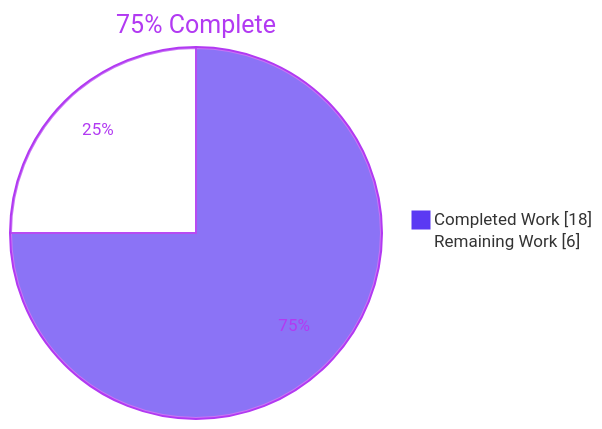
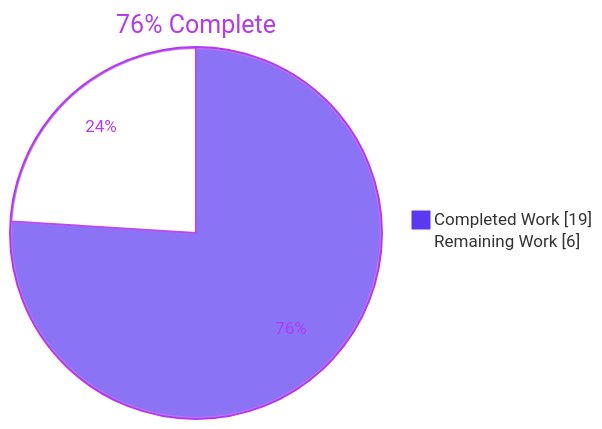
One commit to blitzytest02/OnetwoforOct526 changed the first of 3 diagrams in blitzy/documentation/Project Guide.md. Above: the diagram before and after it, drawn with Mermaid. The commit also changed other lines of this file, not shown here.

````diff
--- a/blitzy/documentation/Project Guide.md
+++ b/blitzy/documentation/Project Guide.md
@@ -9,6 +9,6 @@
 ```mermaid
 %%{init: {"theme":"base","themeVariables":{"pie1":"#5B39F3","pie2":"#FFFFFF","pieStrokeColor":"#B23AF2","pieOuterStrokeColor":"#B23AF2","pieSectionTextColor":"#B23AF2","pieTitleTextColor":"#B23AF2"}}}%%
-pie showData title 75% Complete
-    "Completed Work" : 18
+pie showData title 76% Complete
+    "Completed Work" : 19
     "Remaining Work" : 6
 ```
````
